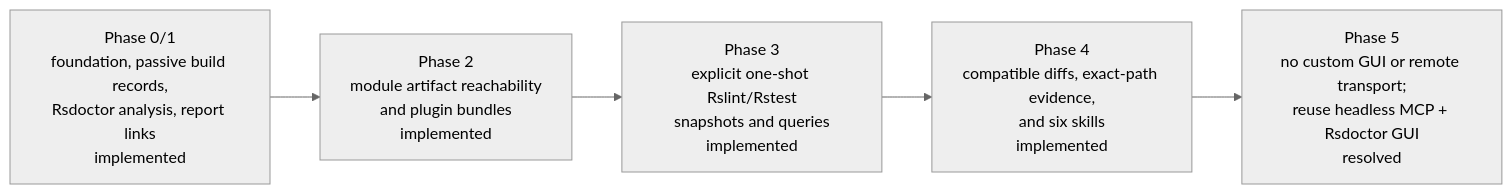
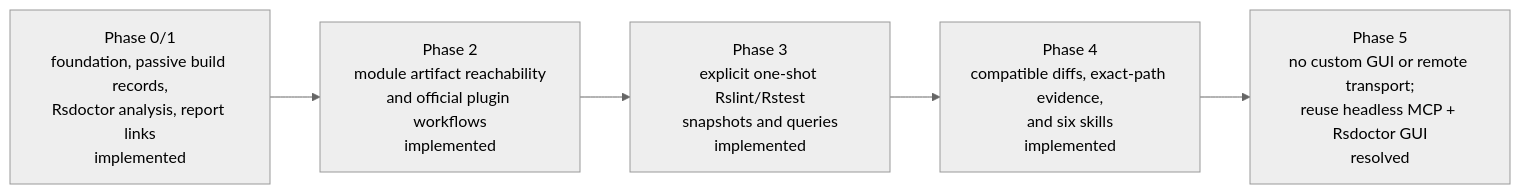
One commit to rstackjs/rstack-cli changed the eighth of 8 diagrams in docs/rfcs/0001-rstack-context-engine.md. Above: the diagram before and after it, drawn with Mermaid (neutral theme). The commit also changed other lines of this file and 24 other files, not shown here.

Commit message:
docs(context): use official Rstack agent plugin

````diff
--- a/docs/rfcs/0001-rstack-context-engine.md
+++ b/docs/rfcs/0001-rstack-context-engine.md
@@ -518,10 +512,10 @@
 ```mermaid
 flowchart LR
   P01["Phase 0/1<br/>foundation, passive build records,<br/>Rsdoctor analysis, report links<br/>implemented"]
-  P2["Phase 2<br/>module artifact reachability<br/>and plugin bundles<br/>implemented"]
+  P2["Phase 2<br/>module artifact reachability<br/>and official plugin workflows<br/>implemented"]
   P3["Phase 3<br/>explicit one-shot Rslint/Rstest<br/>snapshots and queries<br/>implemented"]
   P4["Phase 4<br/>compatible diffs, exact-path evidence,<br/>and six skills<br/>implemented"]
   P5["Phase 5<br/>no custom GUI or remote transport;<br/>reuse headless MCP + Rsdoctor GUI<br/>resolved"]
 
   P01 --> P2 --> P3 --> P4 --> P5
 ```
````
